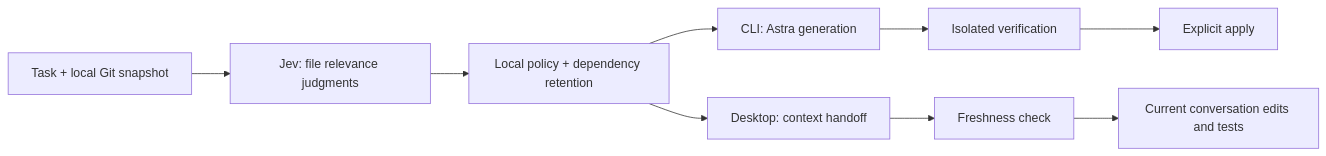
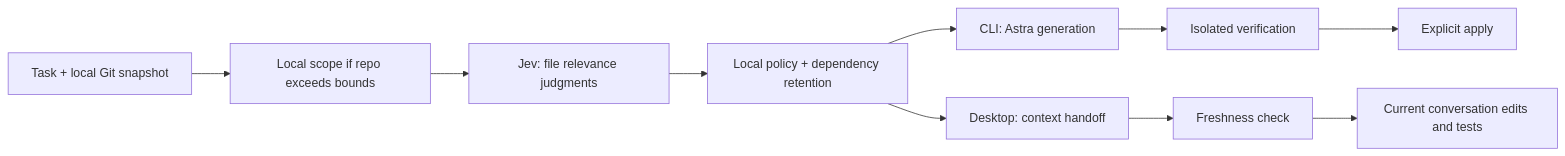
Before and after one commit to Oranquelui/astra-jev-harness: the diagram in README.md, drawn with Mermaid. The commit also changed other lines of this file and 13 other files, not shown here.

Commit message:
feat: scope large repositories before Jev (v0.2.0)

````diff
--- a/README.md
+++ b/README.md
@@ -129,11 +144,12 @@
 ```mermaid
 flowchart LR
-  T[Task + local Git snapshot] --> J[Jev: file relevance judgments]
+  T[Task + local Git snapshot] --> S[Local scope if repo exceeds bounds]
+  S --> J[Jev: file relevance judgments]
   J --> P[Local policy + dependency retention]
   P --> C[CLI: Astra generation]
   C --> V[Isolated verification]
   V --> A[Explicit apply]
   P --> D[Desktop: context handoff]
   D --> F[Freshness check]
   F --> E[Current conversation edits and tests]
 ```
````
